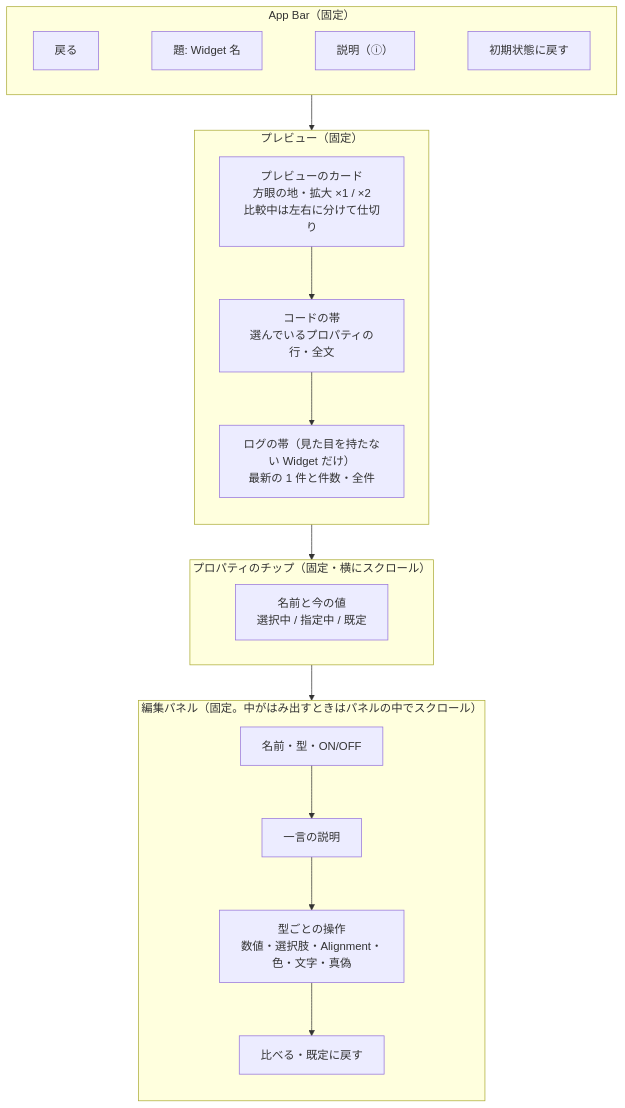
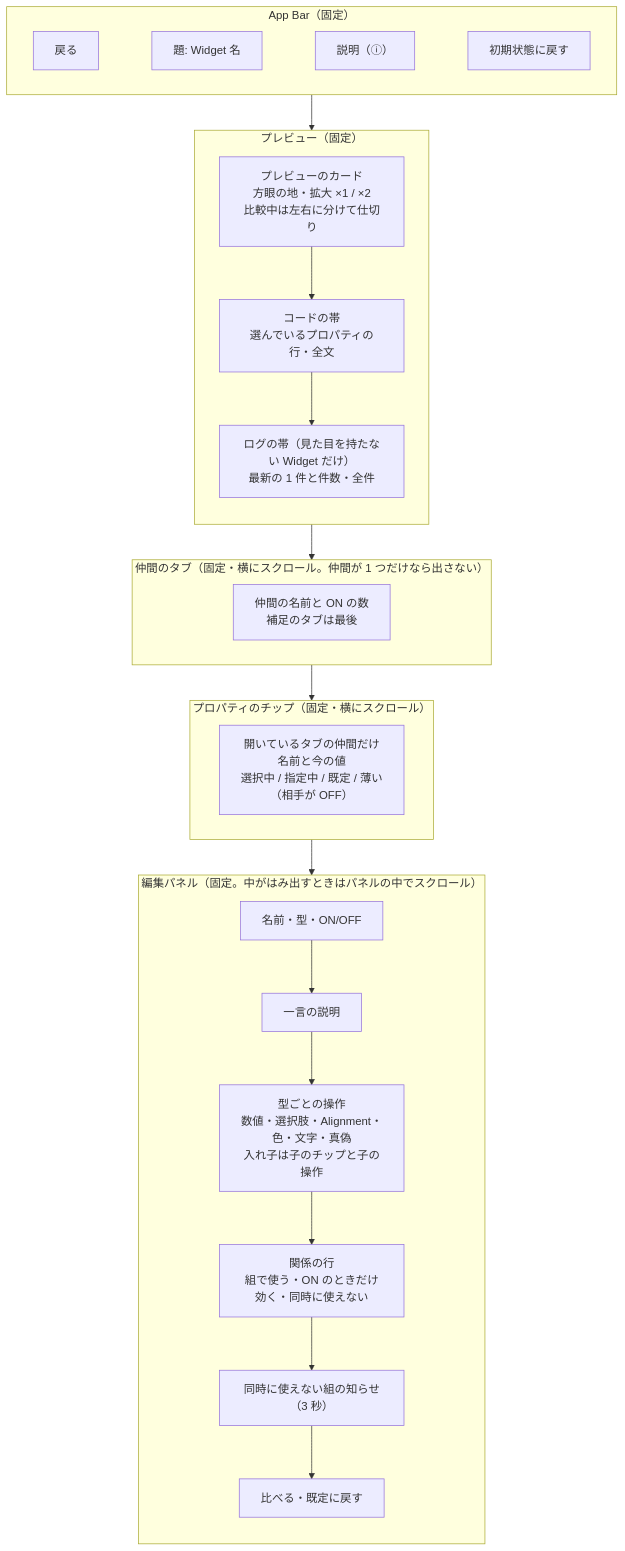
One commit to masa-futa/widget-lab changed the first of 2 diagrams in docs/design/screens/cb_dtl_詳細画面.md. Above: the diagram before and after it, drawn with Mermaid. The commit also changed other lines of this file and 3 other files, not shown here.

Commit message:
docs: 詳細画面の v3（仲間のタブ・関係の行・入れ子・補足）を設計書とテストケースに書く

````diff
--- a/docs/design/screens/cb_dtl_詳細画面.md
+++ b/docs/design/screens/cb_dtl_詳細画面.md
@@ -31,30 +32,35 @@
 ```mermaid
 flowchart TB
     subgraph APPBAR["App Bar（固定）"]
         direction LR
         Back["戻る"]
         Name["題: Widget 名"]
         About["説明（ⓘ）"]
         Reset["初期状態に戻す"]
         Back ~~~ Name ~~~ About ~~~ Reset
     end
     subgraph PREVIEW["プレビュー（固定）"]
         direction TB
         Card["プレビューのカード<br/>方眼の地・拡大 ×1 / ×2<br/>比較中は左右に分けて仕切り"]
         Strip["コードの帯<br/>選んでいるプロパティの行・全文"]
         Logs["ログの帯（見た目を持たない Widget だけ）<br/>最新の 1 件と件数・全件"]
         Card --> Strip --> Logs
     end
+    subgraph GROUPS["仲間のタブ（固定・横にスクロール。仲間が 1 つだけなら出さない）"]
+        Tab["仲間の名前と ON の数<br/>補足のタブは最後"]
+    end
     subgraph CHIPS["プロパティのチップ（固定・横にスクロール）"]
-        Chip["名前と今の値<br/>選択中 / 指定中 / 既定"]
+        Chip["開いているタブの仲間だけ<br/>名前と今の値<br/>選択中 / 指定中 / 既定 / 薄い（相手が OFF）"]
     end
     subgraph EDITOR["編集パネル（固定。中がはみ出すときはパネルの中でスクロール）"]
         direction TB
         Head["名前・型・ON/OFF"]
         Desc["一言の説明"]
-        Control["型ごとの操作<br/>数値・選択肢・Alignment・色・文字・真偽"]
+        Control["型ごとの操作<br/>数値・選択肢・Alignment・色・文字・真偽<br/>入れ子は子のチップと子の操作"]
+        Relations["関係の行<br/>組で使う・ON のときだけ効く・同時に使えない"]
+        Notice["同時に使えない組の知らせ（3 秒）"]
         Actions["比べる・既定に戻す"]
-        Head --> Desc --> Control --> Actions
+        Head --> Desc --> Control --> Relations --> Notice --> Actions
     end
-    APPBAR --> PREVIEW --> CHIPS --> EDITOR
+    APPBAR --> PREVIEW --> GROUPS --> CHIPS --> EDITOR
 ```
````
